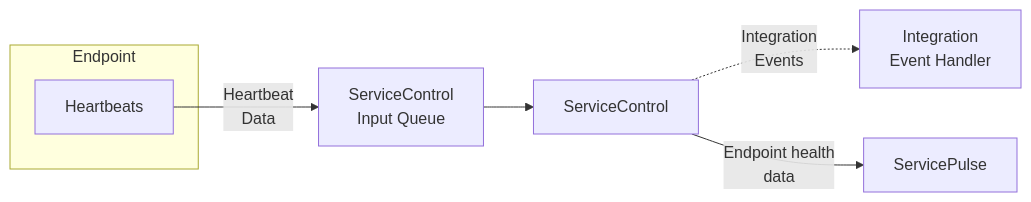
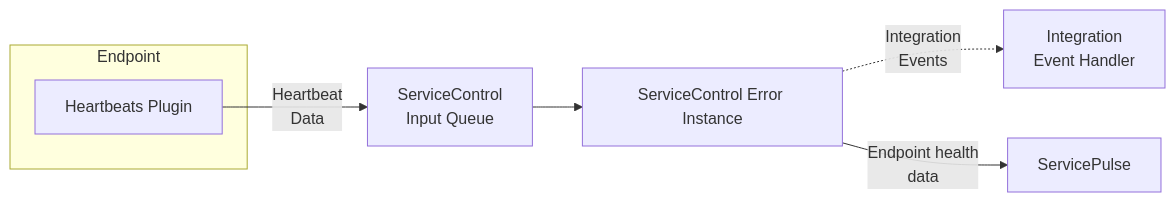
Before and after one commit to Particular/docs.particular.net: the diagram in monitoring/heartbeats/index.md, drawn with Mermaid. The commit also changed other lines of this file and 3 other files, not shown here.

````diff
--- a/monitoring/heartbeats/index.md
+++ b/monitoring/heartbeats/index.md
@@ -19,15 +19,15 @@
 ```mermaid
 graph LR
 
 subgraph Endpoint
-Heartbeats
+Heartbeats[Heartbeats Plugin]
 end
 
 Heartbeats -- Heartbeat<br>Data --> SCQ
 
-SCQ[ServiceControl<br>Input Queue] --> SC[ServiceControl]
+SCQ[ServiceControl<br>Input Queue] --> SC[ServiceControl Error Instance]
 
 SC -. Integration<br/>Events .-> Integration[Integration<br/>Event Handler]
 
 SC -- Endpoint health<br>data --> ServicePulse
 ```
````
